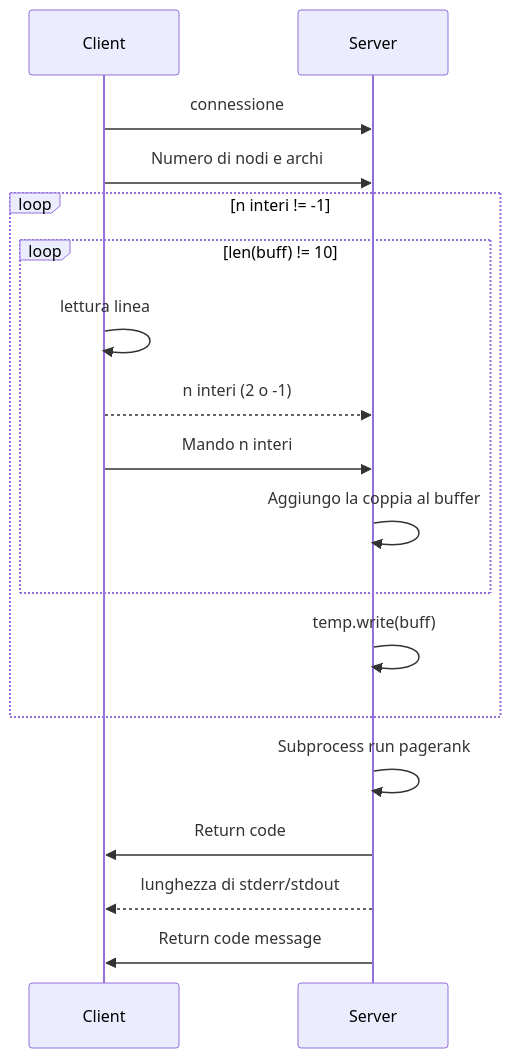
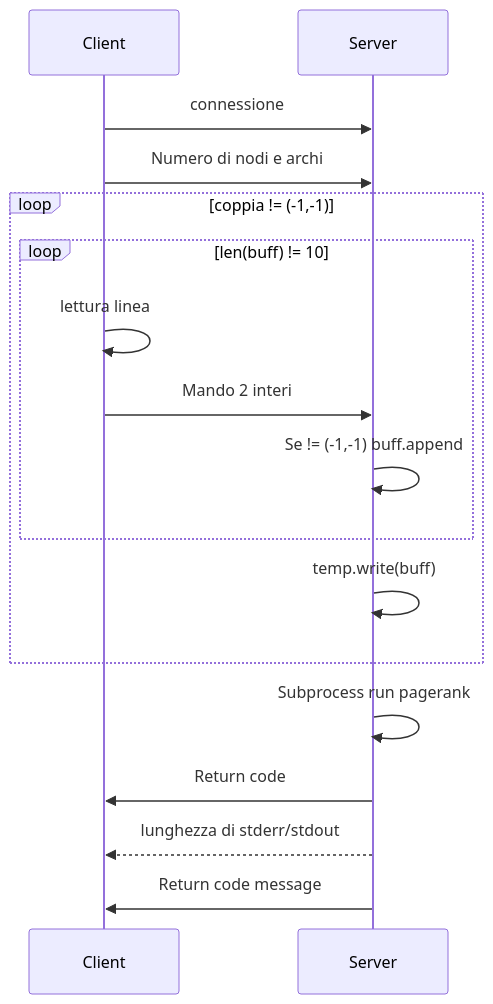
The diagram in README.md (FabrizioC01/Web-Ranking), drawn with Mermaid before and after one commit. The commit also changed 2 other files, not shown here.

Commit message:
Ottimizzati client e server

````diff
--- a/README.md
+++ b/README.md
@@ -66,18 +66,17 @@
 ```mermaid
 sequenceDiagram
 Client ->> Server : connessione
 Client ->> Server : Numero di nodi e archi
-loop n interi != -1 
+loop coppia != (-1,-1)
 loop len(buff) != 10
 Client ->> Client : lettura linea 
-Client -->> Server: n interi (2 o -1)
-Client ->> Server : Mando n interi
-Server ->> Server : Aggiungo la coppia al buffer
+Client ->> Server : Mando 2 interi
+Server ->> Server : Se != (-1,-1) buff.append
 end
 Server ->> Server : temp.write(buff)
 end
 Server ->> Server : Subprocess run pagerank
 Server ->> Client : Return code
 Server -->> Client : lunghezza di stderr/stdout
 Server ->> Client : Return code message
 ```
````
